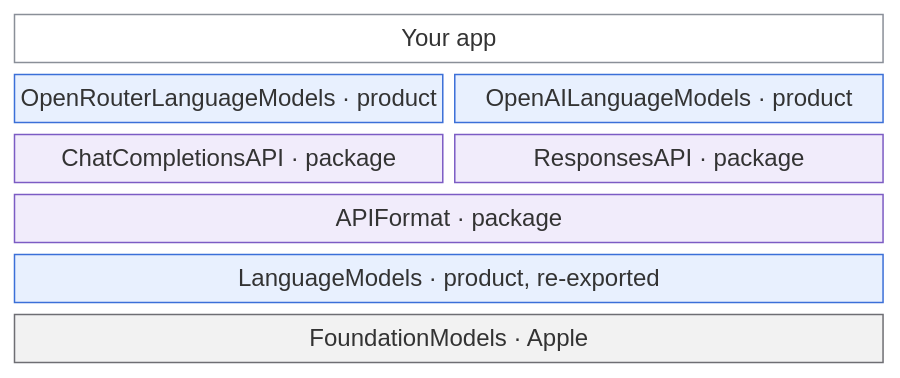
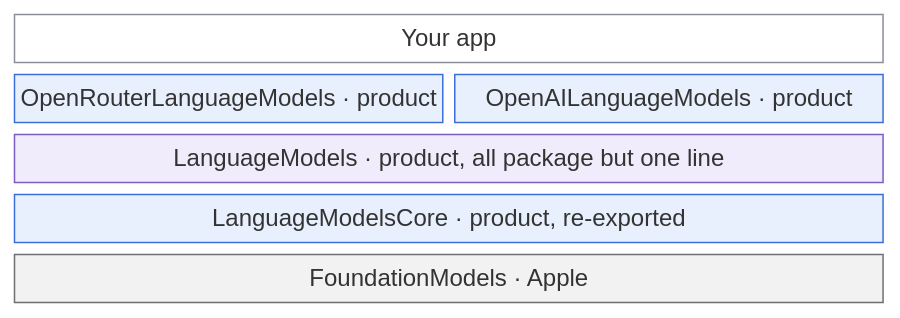
The first of 6 diagrams in ARCHITECTURE.md (ironsparrows/swift-language-models), drawn with Mermaid before and after one commit. The commit also changed other lines of this file and 14 other files, not shown here.

````diff
--- a/ARCHITECTURE.md
+++ b/ARCHITECTURE.md
@@ -9,20 +26,17 @@
 ```mermaid
 block-beta
     columns 2
     app["Your app"]:2
     openrouter["OpenRouterLanguageModels · product"] openai["OpenAILanguageModels · product"]
-    chat["ChatCompletionsAPI · package"] responses["ResponsesAPI · package"]
-    shared["APIFormat · package"]:2
-    core["LanguageModels · product, re-exported"]:2
+    models["LanguageModels · product, all package but one line"]:2
+    core["LanguageModelsCore · product, re-exported"]:2
     apple["FoundationModels · Apple"]:2
     space:2
 
     style app fill:#ffffff,stroke:#8a8f98,color:#1d1d1f
     style openrouter fill:#e8f0fe,stroke:#3b6fd8,color:#1d1d1f
     style openai fill:#e8f0fe,stroke:#3b6fd8,color:#1d1d1f
     style core fill:#e8f0fe,stroke:#3b6fd8,color:#1d1d1f
-    style chat fill:#f1ecfb,stroke:#7c5cc4,color:#1d1d1f
-    style responses fill:#f1ecfb,stroke:#7c5cc4,color:#1d1d1f
-    style shared fill:#f1ecfb,stroke:#7c5cc4,color:#1d1d1f
+    style models fill:#f1ecfb,stroke:#7c5cc4,color:#1d1d1f
     style apple fill:#f2f2f2,stroke:#6e6e73,color:#1d1d1f
 ```
````
